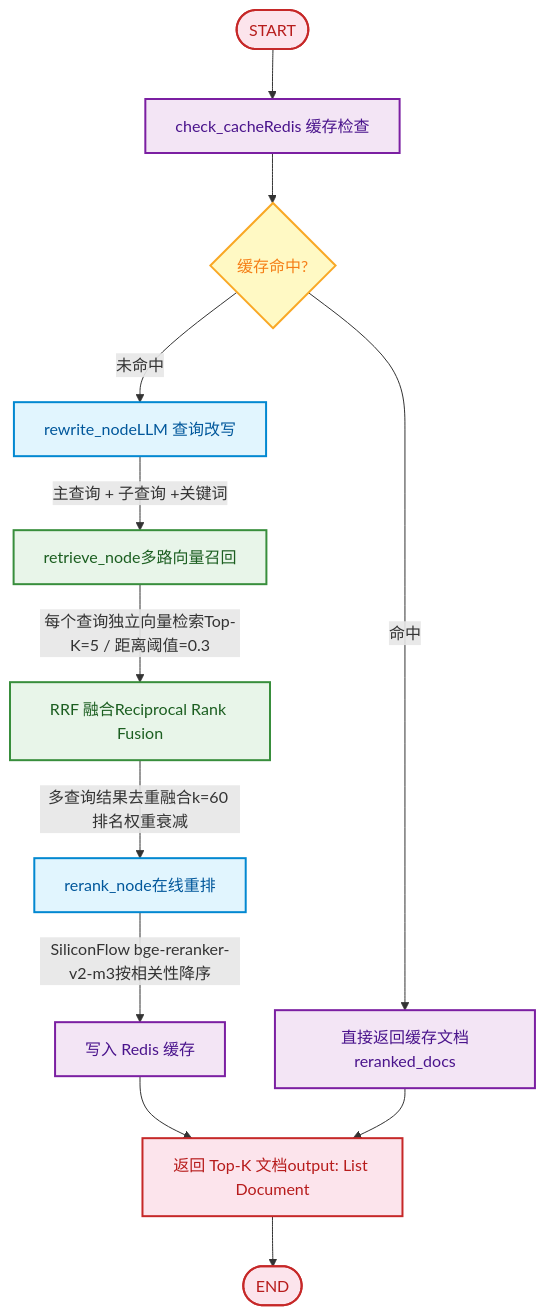
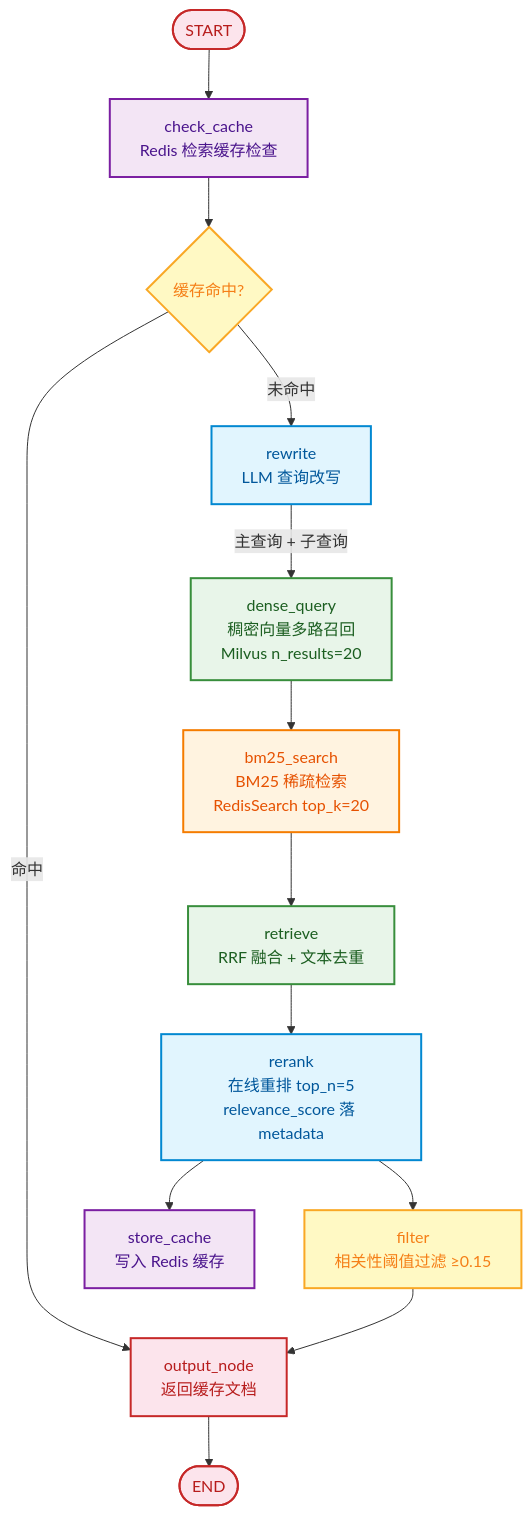
One commit to Q1anyii/Mitta changed the second of 2 diagrams in README.md. Above: the diagram before and after it, drawn with Mermaid. The commit also changed other lines of this file, not shown here.

````diff
--- a/README.md
+++ b/README.md
@@ -102,33 +102,38 @@
 ```mermaid
 flowchart TD
-    START([START]) --> CHECK_CACHE[check_cacheRedis 缓存检查]
+    START([START]) --> CHECK_CACHE[check_cache<br/>Redis 检索缓存检查]
 
     CHECK_CACHE --> CACHE_HIT{缓存命中?}
 
-    CACHE_HIT -->|命中| RETURN_CACHE[直接返回缓存文档reranked_docs]
-    CACHE_HIT -->|未命中| REWRITE[rewrite_nodeLLM 查询改写]
+    CACHE_HIT -->|命中| OUTPUT[output_node<br/>返回缓存文档]
+    CACHE_HIT -->|未命中| REWRITE[rewrite<br/>LLM 查询改写]
 
-    REWRITE -->|主查询 + 子查询 +关键词| RETRIEVE[retrieve_node多路向量召回]
+    REWRITE -->|主查询 + 子查询| DENSE[dense_query<br/>稠密向量多路召回<br/>Milvus n_results=20]
 
-    RETRIEVE -->|每个查询独立向量检索Top-K=5 / 距离阈值=0.3| RRF[RRF 融合Reciprocal Rank Fusion]
+    DENSE --> BM25[bm25_search<br/>BM25 稀疏检索<br/>RedisSearch top_k=20]
 
-    RRF -->|多查询结果去重融合k=60 排名权重衰减| RERANK[rerank_node在线重排]
+    BM25 --> RETRIEVE[retrieve<br/>RRF 融合 + 文本去重]
 
-    RERANK -->|SiliconFlow bge-reranker-v2-m3按相关性降序| CACHE_WRITE[写入 Redis 缓存]
+    RETRIEVE --> RERANK[rerank<br/>在线重排 top_n=5<br/>relevance_score 落 metadata]
 
-    CACHE_WRITE --> RETURN[返回 Top-K 文档output: List Document]
-    RETURN_CACHE --> RETURN
-    RETURN --> END_NODE([END])
+    RERANK --> STORE_CACHE[store_cache<br/>写入 Redis 缓存]
+    RERANK --> FILTER[filter<br/>相关性阈值过滤 ≥0.15]
+
+    FILTER --> OUTPUT
+    OUTPUT --> END_NODE([END])
 
     classDef llmNode fill:#e1f5fe,stroke:#0288d1,stroke-width:2px,color:#01579b
     classDef vectorNode fill:#e8f5e9,stroke:#388e3c,stroke-width:2px,color:#1b5e20
+    classDef sparseNode fill:#fff3e0,stroke:#f57c00,stroke-width:2px,color:#e65100
     classDef cacheNode fill:#f3e5f5,stroke:#7b1fa2,stroke-width:2px,color:#4a148c
     classDef decision fill:#fff9c4,stroke:#f9a825,stroke-width:2px,color:#f57f17
     classDef terminal fill:#fce4ec,stroke:#c62828,stroke-width:2px,color:#b71c1c
 
     class REWRITE,RERANK llmNode
-    class RETRIEVE,RRF vectorNode
-    class CHECK_CACHE,CACHE_WRITE,RETURN_CACHE cacheNode
+    class DENSE,RETRIEVE vectorNode
+    class BM25 sparseNode
+    class CHECK_CACHE,STORE_CACHE cacheNode
+    class FILTER decision
     class CACHE_HIT decision
-    class START,END_NODE,RETURN terminal
+    class START,END_NODE,OUTPUT terminal
 ```
````
